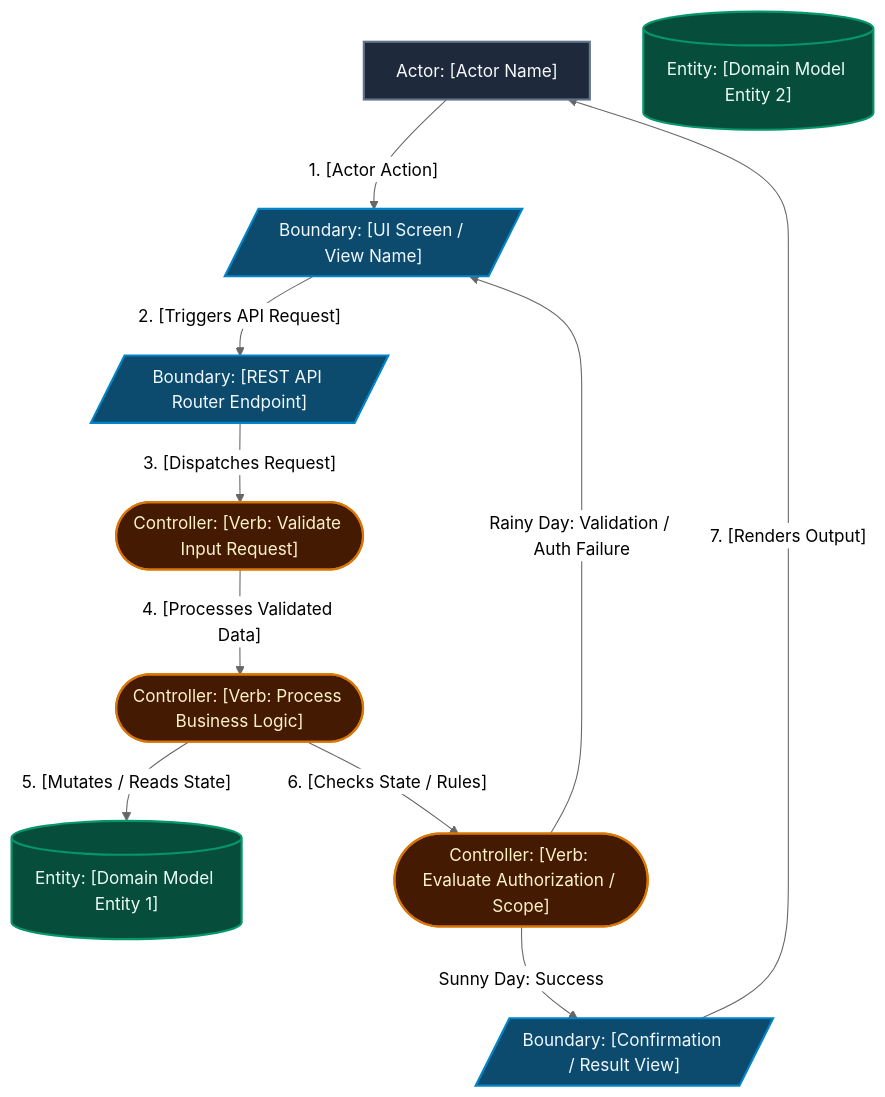
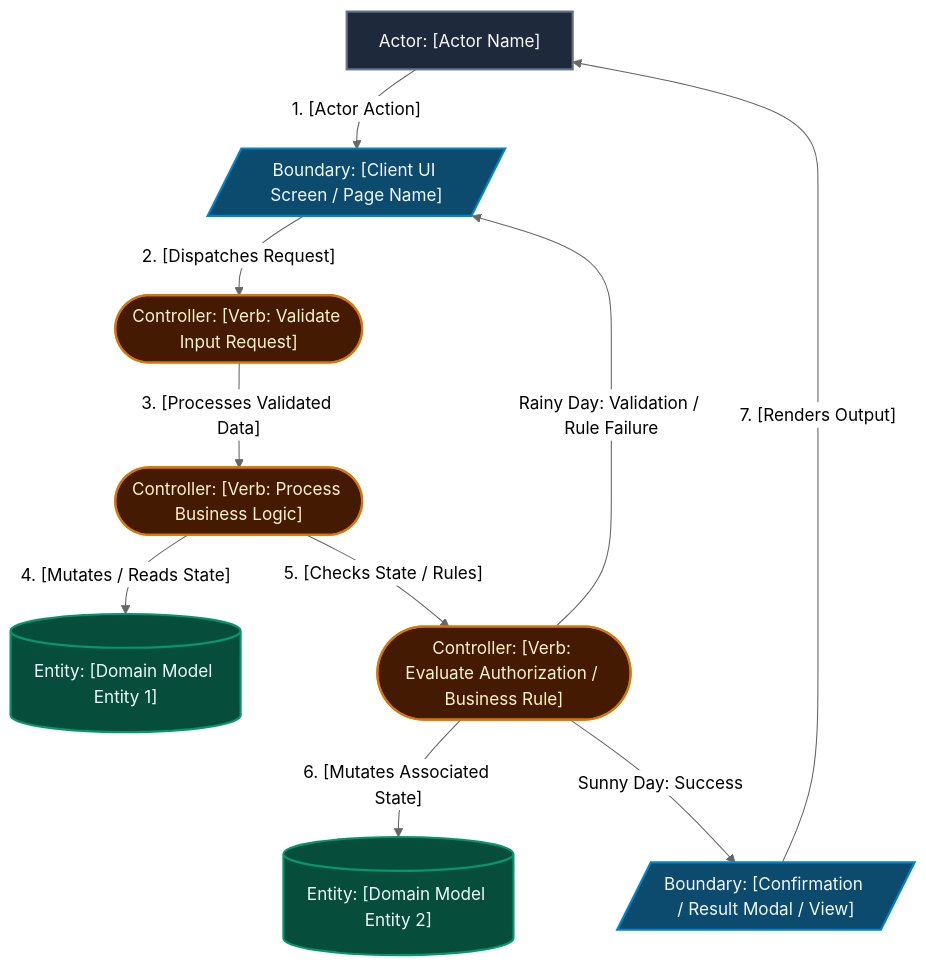
Before and after one commit to Gzaa19/Telaah: the second of 6 diagrams in .specify/templates/plan-template.md, drawn with Mermaid (neutral theme). The commit also changed other lines of this file and 17 other files, not shown here.

````diff
--- a/.specify/templates/plan-template.md
+++ b/.specify/templates/plan-template.md
@@ -60,30 +60,29 @@
 ```mermaid
 flowchart TD
     classDef actor fill:#1e293b,stroke:#64748b,stroke-width:2px,color:#f8fafc
     classDef boundary fill:#0c4a6e,stroke:#0284c7,stroke-width:2px,color:#f0f9ff
     classDef controller fill:#451a03,stroke:#d97706,stroke-width:2px,color:#fef3c7
     classDef entity fill:#064e3b,stroke:#059669,stroke-width:2px,color:#ecfdf5
 
     ACTOR["Actor: [Actor Name]"]:::actor
 
-    B1[/"Boundary: [UI Screen / View Name]"/]:::boundary
-    B2[/"Boundary: [REST API Router Endpoint]"/]:::boundary
-    B3[/"Boundary: [Confirmation / Result View]"/]:::boundary
+    B1[/"Boundary: [Client UI Screen / Page Name]"/]:::boundary
+    B2[/"Boundary: [Confirmation / Result Modal / View]"/]:::boundary
 
     C1(["Controller: [Verb: Validate Input Request]"]):::controller
     C2(["Controller: [Verb: Process Business Logic]"]):::controller
-    C3(["Controller: [Verb: Evaluate Authorization / Scope]"]):::controller
+    C3(["Controller: [Verb: Evaluate Authorization / Business Rule]"]):::controller
 
     E1[("Entity: [Domain Model Entity 1]")]:::entity
     E2[("Entity: [Domain Model Entity 2]")]:::entity
 
     ACTOR -->|"1. [Actor Action]"| B1
-    B1 -->|"2. [Triggers API Request]"| B2
-    B2 -->|"3. [Dispatches Request]"| C1
-    C1 -->|"4. [Processes Validated Data]"| C2
-    C2 -->|"5. [Mutates / Reads State]"| E1
-    C2 -->|"6. [Checks State / Rules]"| C3
-    C3 -->|"Sunny Day: Success"| B3
-    C3 -->|"Rainy Day: Validation / Auth Failure"| B1
-    B3 -->|"7. [Renders Output]"| ACTOR
+    B1 -->|"2. [Dispatches Request]"| C1
+    C1 -->|"3. [Processes Validated Data]"| C2
+    C2 -->|"4. [Mutates / Reads State]"| E1
+    C2 -->|"5. [Checks State / Rules]"| C3
+    C3 -->|"6. [Mutates Associated State]"| E2
+    C3 -->|"Sunny Day: Success"| B2
+    C3 -->|"Rainy Day: Validation / Rule Failure"| B1
+    B2 -->|"7. [Renders Output]"| ACTOR
 ```
````
